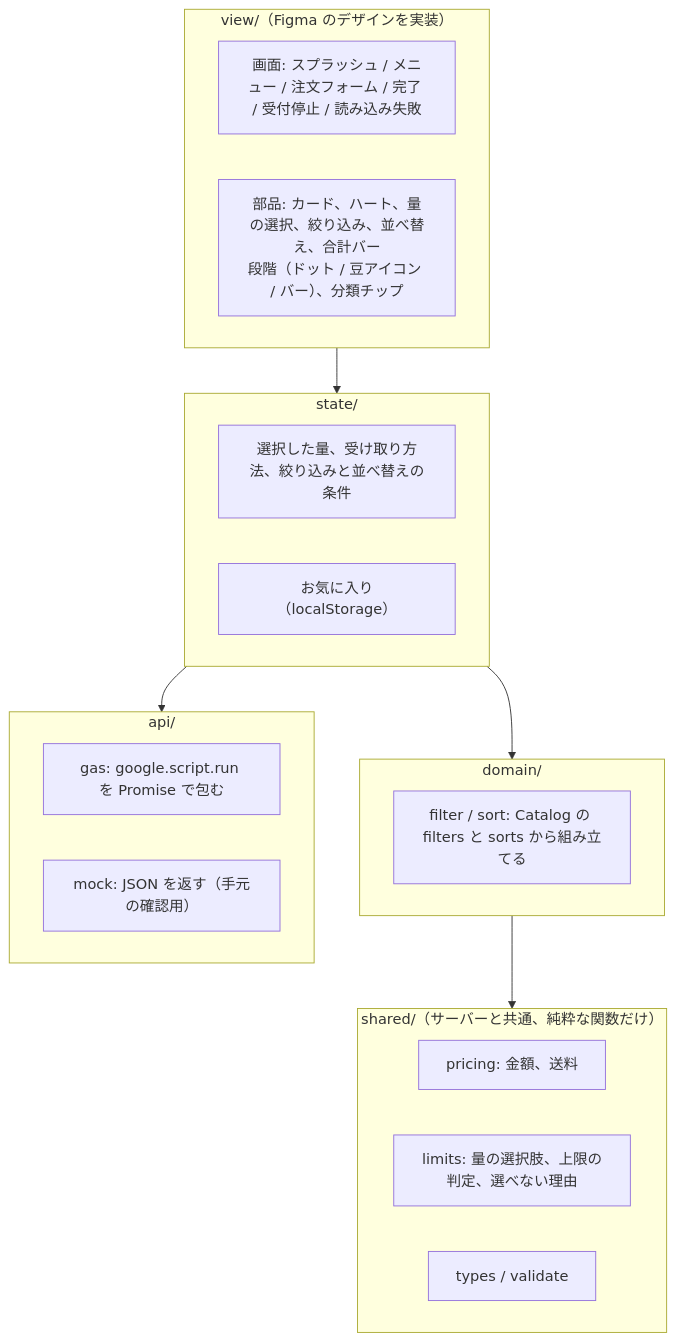
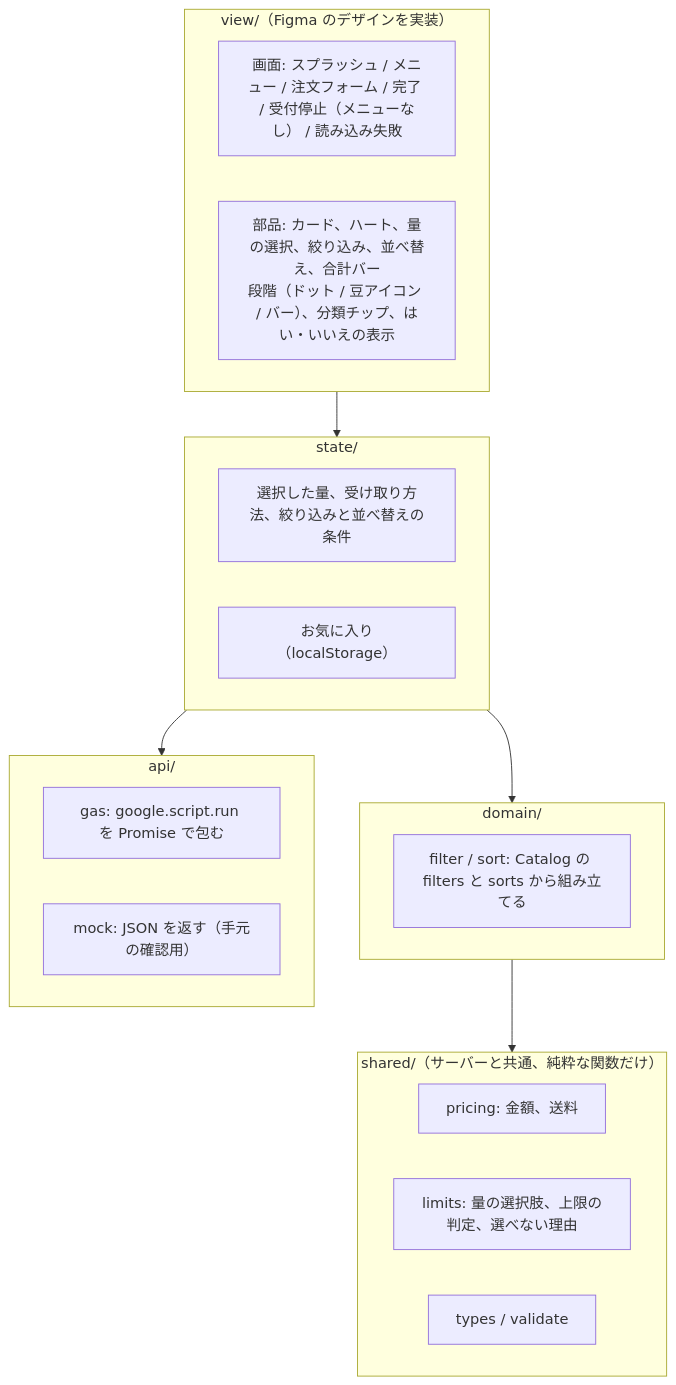
Before and after one commit to yuk-wq/ouca: the third of 5 diagrams in docs/to-be/design.md, drawn with Mermaid. The commit also changed other lines of this file and 1 other file, not shown here.

````diff
--- a/docs/to-be/design.md
+++ b/docs/to-be/design.md
@@ -645,25 +650,25 @@
 ```mermaid
 flowchart TB
   subgraph view["view/（Figma のデザインを実装）"]
-    P["画面: スプラッシュ / メニュー / 注文フォーム / 完了 / 受付停止 / 読み込み失敗"]
-    K["部品: カード、ハート、量の選択、絞り込み、並べ替え、合計バー<br/>段階（ドット / 豆アイコン / バー）、分類チップ"]
+    P["画面: スプラッシュ / メニュー / 注文フォーム / 完了 / 受付停止（メニューなし） / 読み込み失敗"]
+    K["部品: カード、ハート、量の選択、絞り込み、並べ替え、合計バー<br/>段階（ドット / 豆アイコン / バー）、分類チップ、はい・いいえの表示"]
   end
   subgraph state["state/"]
     S["選択した量、受け取り方法、絞り込みと並べ替えの条件"]
     FV["お気に入り（localStorage）"]
   end
   subgraph domain["domain/"]
     F["filter / sort: Catalog の filters と sorts から組み立てる"]
   end
   subgraph shared["shared/（サーバーと共通、純粋な関数だけ）"]
     L1["pricing: 金額、送料"]
     L2["limits: 量の選択肢、上限の判定、選べない理由"]
     L3["types / validate"]
   end
   subgraph api["api/"]
     G["gas: google.script.run を Promise で包む"]
     M["mock: JSON を返す（手元の確認用）"]
   end
   view --> state --> domain --> shared
   state --> api
 ```
````
